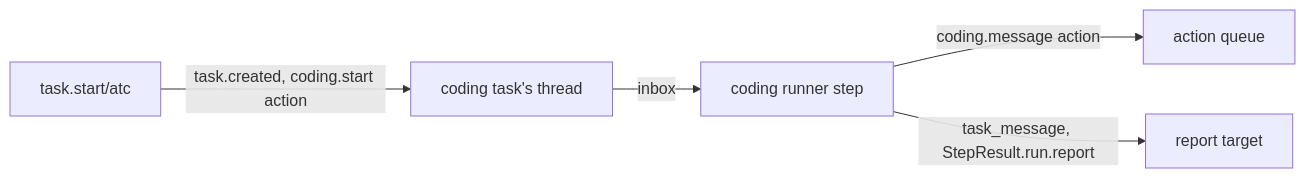
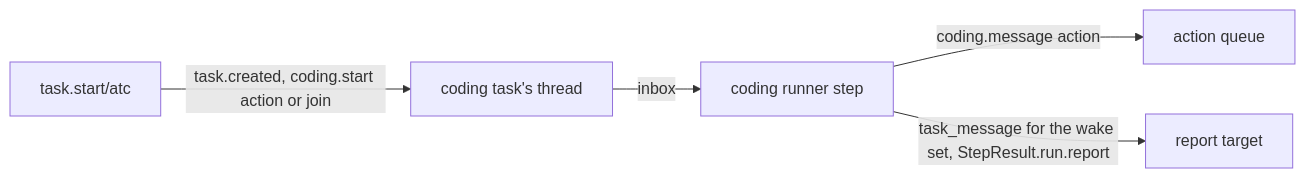
One commit to zgeoff/nixie changed the diagram in docs/design/queue/coding-session-runner/runner.md. Above: the diagram before and after it, drawn with Mermaid. The commit also changed other lines of this file and 6 other files, not shown here.

First line of the commit message:
docs(design): steer coding sessions through atc-gateway (#1404)

````diff
--- a/docs/design/queue/coding-session-runner/runner.md
+++ b/docs/design/queue/coding-session-runner/runner.md
@@ -15,7 +18,7 @@
 ```mermaid
 flowchart LR
-  start[task.start/atc] -->|"task.created, coding.start action"| thread[coding task's thread]
+  start[task.start/atc] -->|"task.created, coding.start action or join"| thread[coding task's thread]
   thread -->|inbox| step[coding runner step]
   step -->|"coding.message action"| queue[action queue]
-  step -->|"task_message, StepResult.run.report"| target[report target]
+  step -->|"task_message for the wake set, StepResult.run.report"| target[report target]
 ```
````
